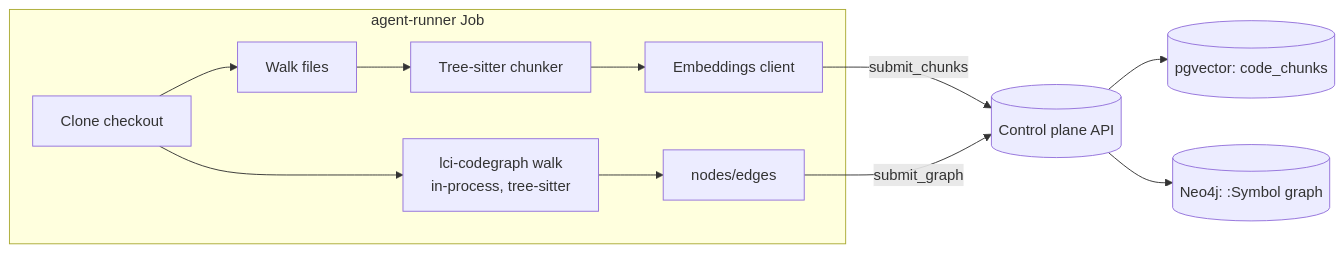
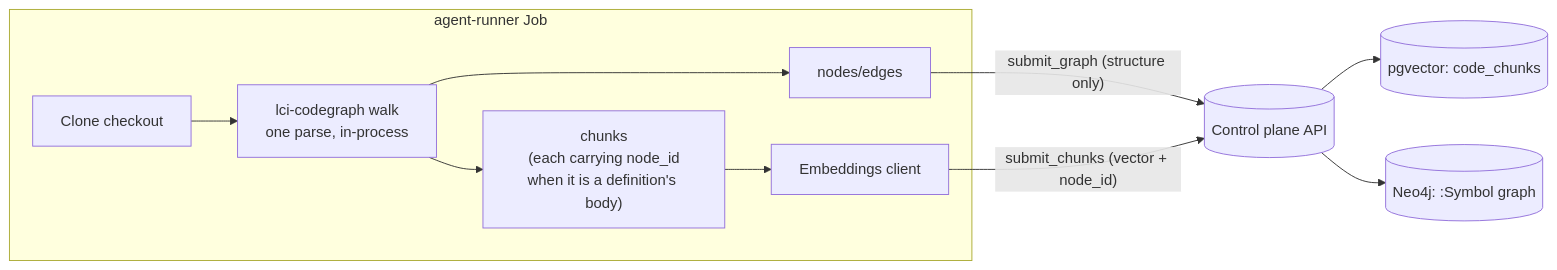
The diagram in docs/indexing-and-storage.md (ADORSYS-GIS/lightbridge-code-intelligence), drawn with Mermaid before and after one commit. The commit also changed other lines of this file and 19 other files, not shown here.

````diff
--- a/docs/indexing-and-storage.md
+++ b/docs/indexing-and-storage.md
@@ -28,14 +28,13 @@
 ```mermaid
 flowchart LR
   subgraph Runner["agent-runner Job"]
-    A[Clone checkout] --> B[Walk files]
-    B --> C[Tree-sitter chunker]
+    A[Clone checkout] --> W[lci-codegraph walk<br/>one parse, in-process]
+    W --> H[nodes/edges]
+    W --> C["chunks<br/>(each carrying node_id<br/>when it is a definition's body)"]
     C --> D[Embeddings client]
-    A --> G[lci-codegraph walk<br/>in-process, tree-sitter]
-    G --> H[nodes/edges]
   end
-  D -- submit_chunks --> CP[(Control plane API)]
-  H -- submit_graph --> CP
+  H -- "submit_graph (structure only)" --> CP[(Control plane API)]
+  D -- "submit_chunks (vector + node_id)" --> CP
   CP --> PG[(pgvector: code_chunks)]
   CP --> NEO[(Neo4j: :Symbol graph)]
 ```
````
